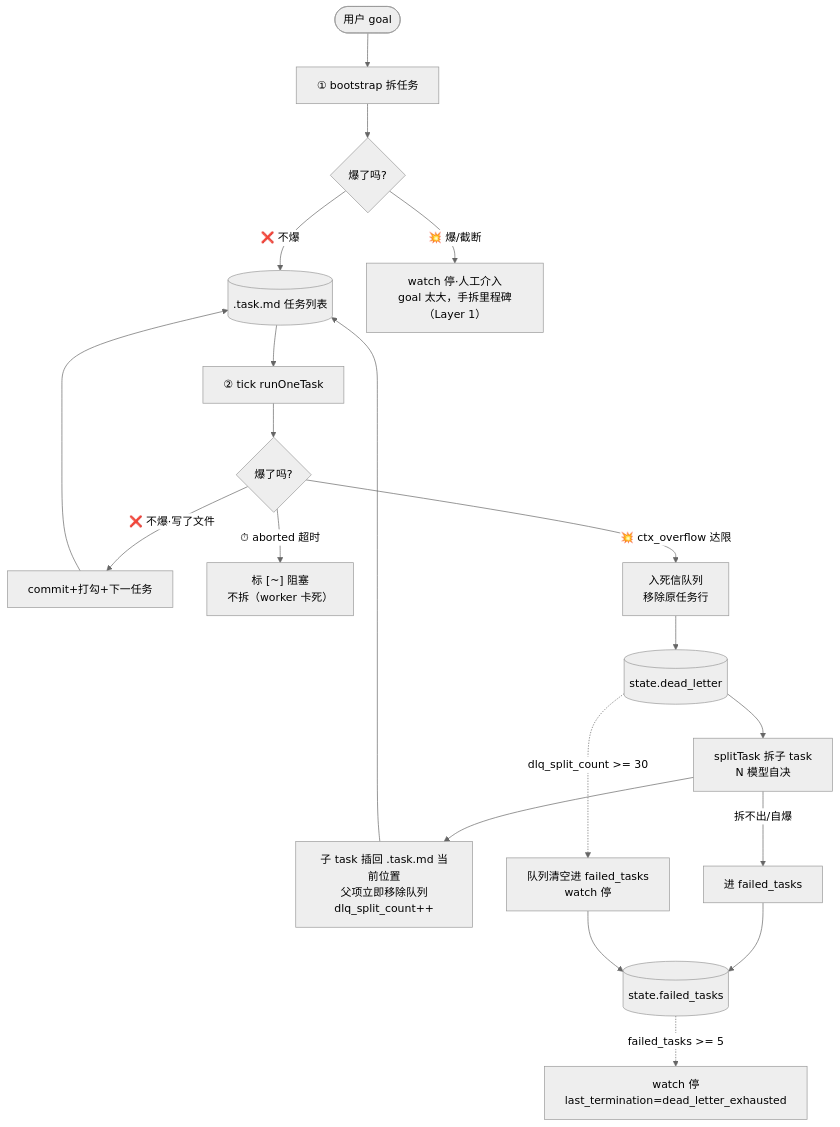
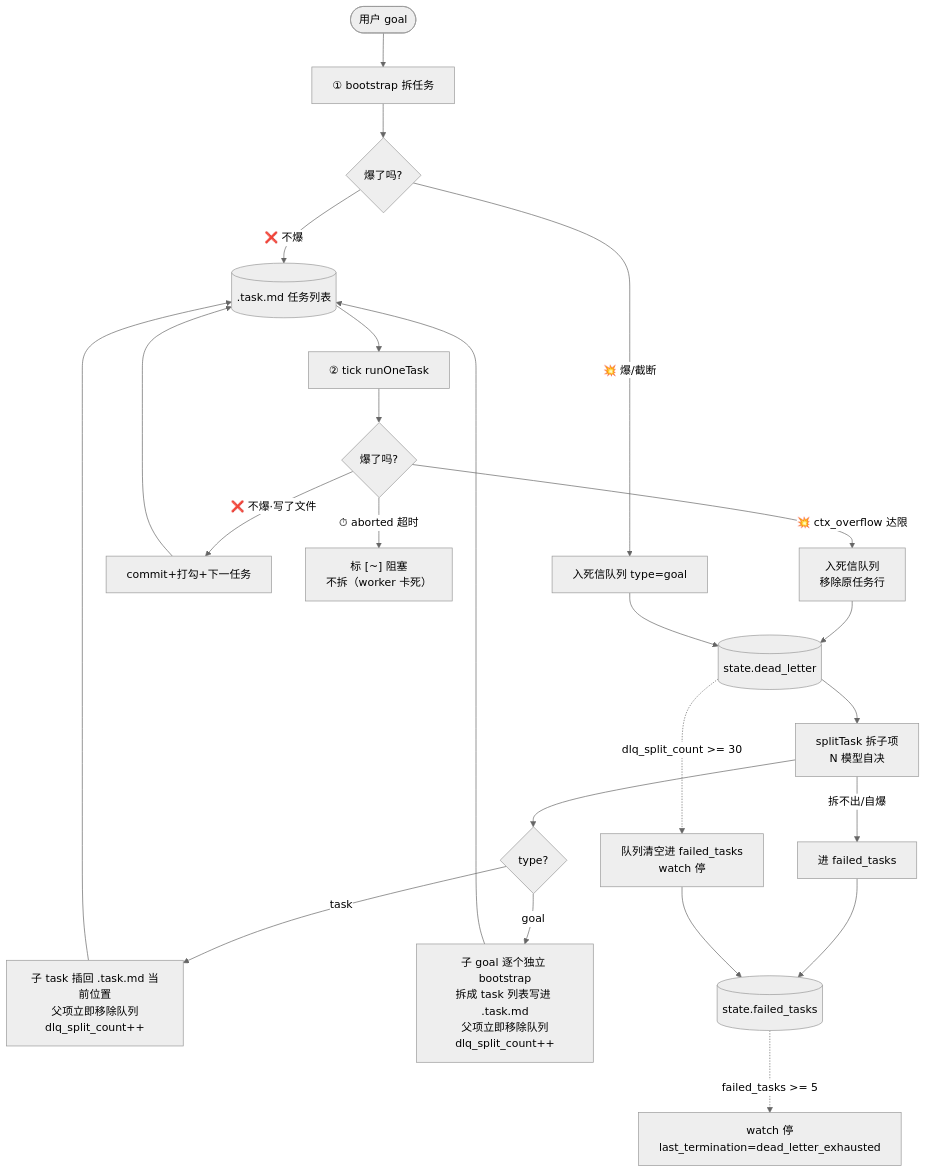
The diagram in docs/dead-letter-design.md (free-wyq/swallow), drawn with Mermaid (neutral theme) before and after one commit. The commit also changed other lines of this file, not shown here.

First line of the commit message:
docs(dead-letter): bootstrap 爆也进死信队列——goal/task 对称统一

````diff
--- a/docs/dead-letter-design.md
+++ b/docs/dead-letter-design.md
@@ -26,25 +26,29 @@
 ```mermaid
 flowchart TB
     Start([用户 goal]) --> Bootstrap["① bootstrap 拆任务"]
     Bootstrap --> Check1{"爆了吗?"}
     Check1 -->|"❌ 不爆"| TaskFile[(".task.md 任务列表")]
-    Check1 -->|"💥 爆/截断"| Stop1["watch 停·人工介入<br/>goal 太大，手拆里程碑（Layer 1）"]
+    Check1 -->|"💥 爆/截断"| EnG["入死信队列 type=goal"]
 
     TaskFile --> RunTask["② tick runOneTask"]
     RunTask --> Check2{"爆了吗?"}
     Check2 -->|"❌ 不爆·写了文件"| Commit["commit+打勾+下一任务"]
     Commit --> TaskFile
     Check2 -->|"⏱ aborted 超时"| Block["标 [~] 阻塞<br/>不拆（worker 卡死）"]
     Check2 -->|"💥 ctx_overflow 达限"| Enqueue["入死信队列<br/>移除原任务行"]
 
     Enqueue --> DLQ[("state.dead_letter")]
-    DLQ --> Split["splitTask 拆子 task<br/>N 模型自决"]
-    Split --> Insert["子 task 插回 .task.md 当前位置<br/>父项立即移除队列<br/>dlq_split_count++"]
+    EnG --> DLQ
+    DLQ --> Split["splitTask 拆子项<br/>N 模型自决"]
+    Split --> Dispatch{"type?"}
+    Dispatch -->|"task"| Insert["子 task 插回 .task.md 当前位置<br/>父项立即移除队列<br/>dlq_split_count++"]
+    Dispatch -->|"goal"| Bootstrap2["子 goal 逐个独立 bootstrap<br/>拆成 task 列表写进 .task.md<br/>父项立即移除队列<br/>dlq_split_count++"]
     Insert --> TaskFile
+    Bootstrap2 --> TaskFile
 
     Split -->|"拆不出/自爆"| Fail1["进 failed_tasks"]
     DLQ -.->|"dlq_split_count >= 30"| Fail2["队列清空进 failed_tasks<br/>watch 停"]
     Fail1 --> FT[("state.failed_tasks")]
     Fail2 --> FT
     FT -.->|"failed_tasks >= 5"| Stop2["watch 停<br/>last_termination=dead_letter_exhausted"]
 ```
````
